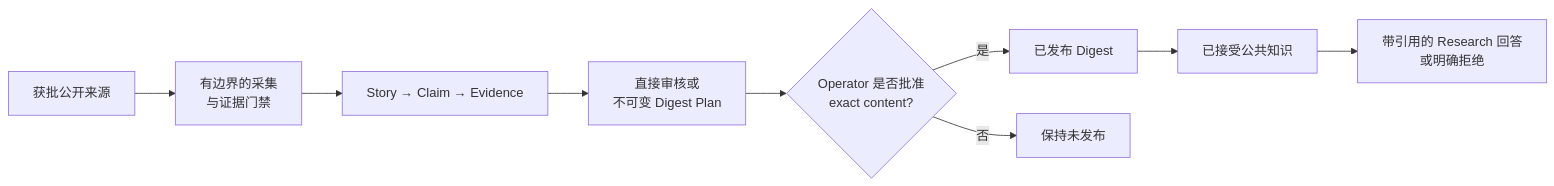
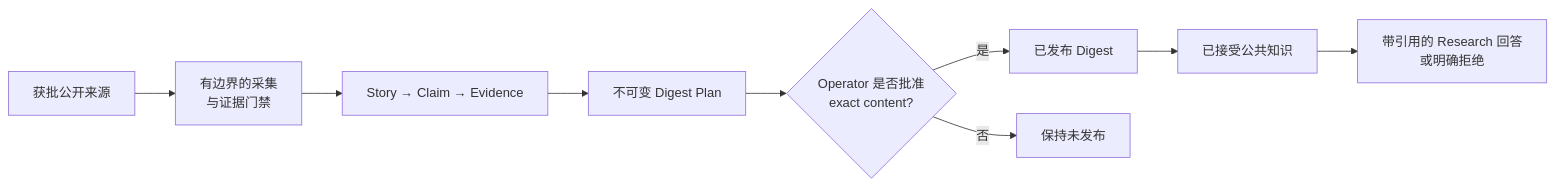
The diagram in README.zh-CN.md (Ev3rGan/ai-ledger), drawn with Mermaid before and after one commit. The commit also changed other lines of this file and 34 other files, not shown here.

````diff
--- a/README.zh-CN.md
+++ b/README.zh-CN.md
@@ -86,11 +88,11 @@
 ```mermaid
 flowchart LR
     A["获批公开来源"] --> B["有边界的采集<br/>与证据门禁"]
     B --> C["Story → Claim → Evidence"]
-    C --> D["直接审核或<br/>不可变 Digest Plan"]
+    C --> D["不可变 Digest Plan"]
     D --> E{"Operator 是否批准<br/>exact content?"}
     E -- "是" --> F["已发布 Digest"]
     E -- "否" --> G["保持未发布"]
     F --> H["已接受公共知识"]
     H --> I["带引用的 Research 回答<br/>或明确拒绝"]
 ```
````
